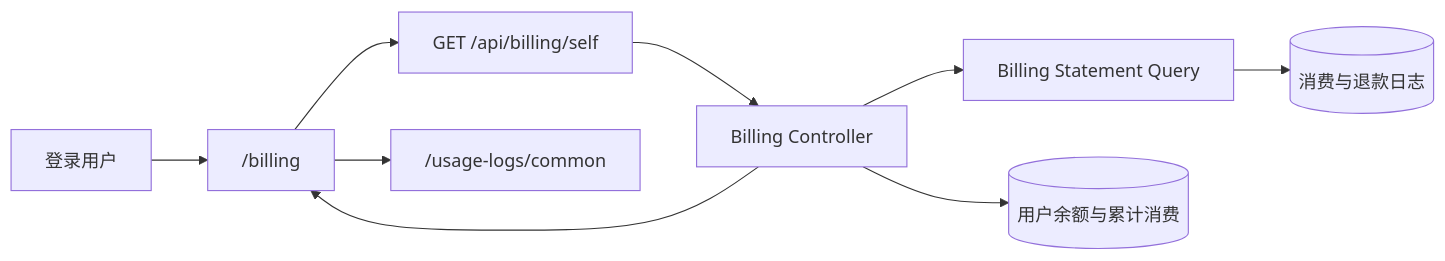
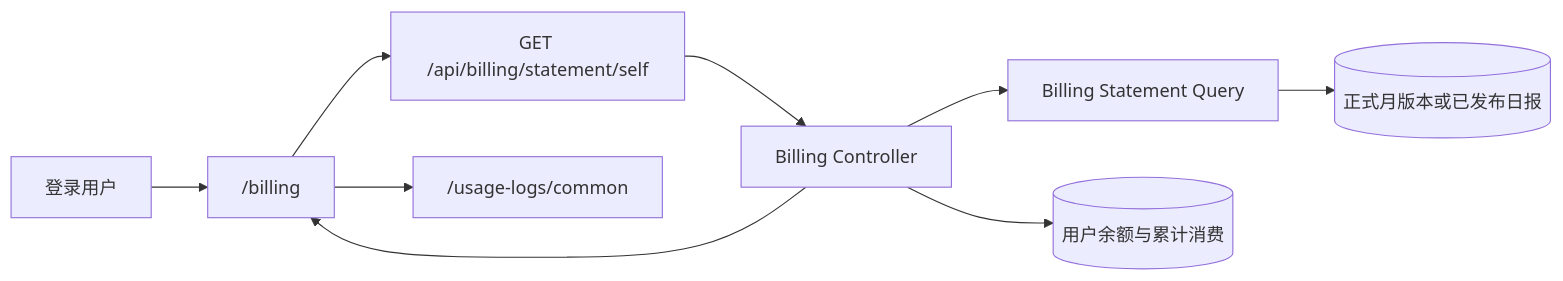
Before and after one commit to wuqiang44444444/new-api: the diagram in docs/20-architecture/账单计费-APIKEY用量账单架构.md, drawn with Mermaid. The commit also changed other lines of this file and 77 other files, not shown here.

````diff
--- a/docs/20-architecture/账单计费-APIKEY用量账单架构.md
+++ b/docs/20-architecture/账单计费-APIKEY用量账单架构.md
@@ -82,17 +84,17 @@
 ```mermaid
 flowchart LR
     User[登录用户]
     Page["/billing"]
-    API["GET /api/billing/self"]
+    API["GET /api/billing/statement/self"]
     Controller[Billing Controller]
     Query[Billing Statement Query]
-    Logs[(消费与退款日志)]
+    Logs[(正式月版本或已发布日报)]
     UserModel[(用户余额与累计消费)]
     Usage["/usage-logs/common"]
 
     User --> Page --> API --> Controller
     Controller --> Query --> Logs
     Controller --> UserModel
     Controller --> Page
     Page --> Usage
 ```
````
